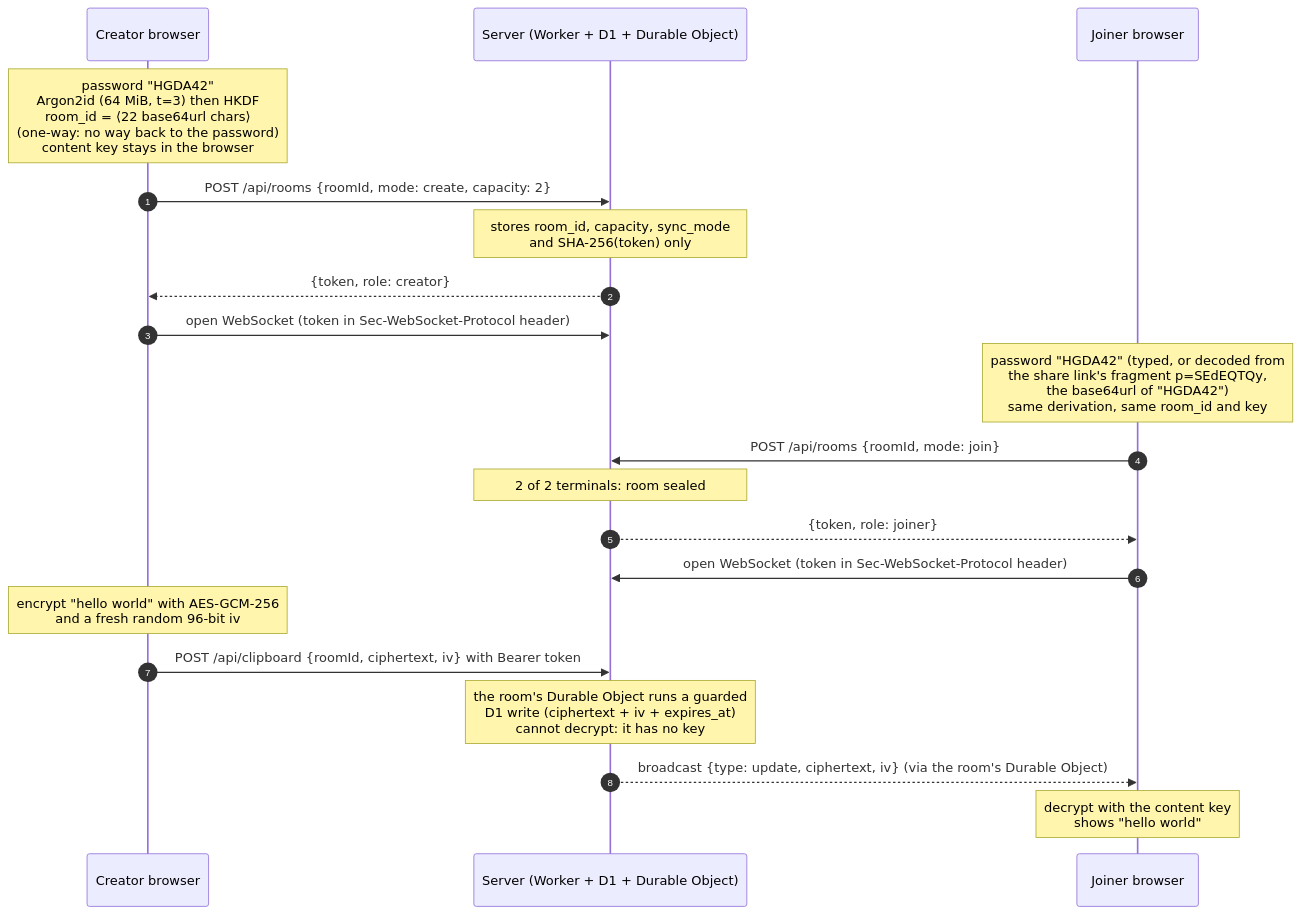
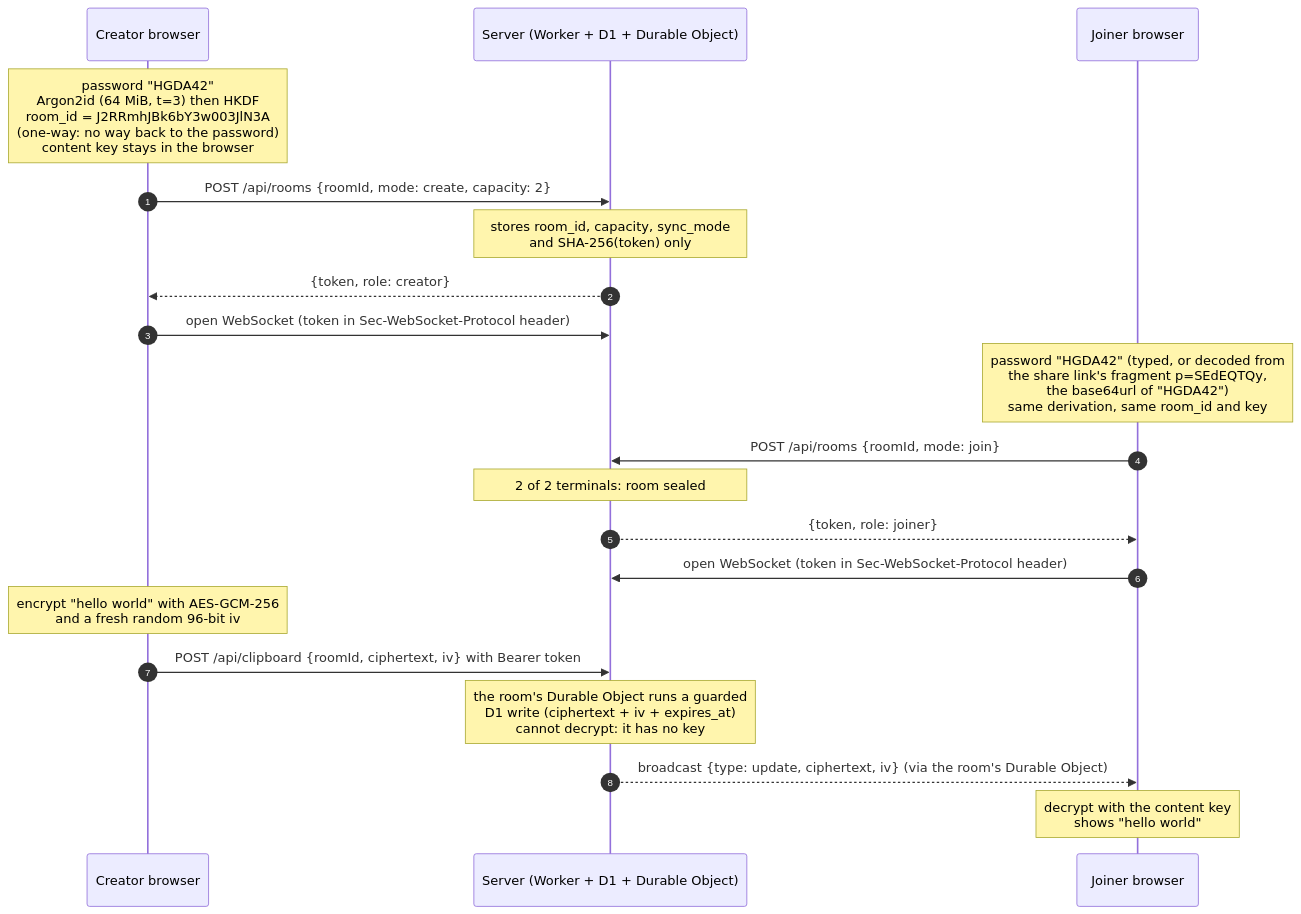
One commit to JaimeMartinSoler/clipboard-sharing-online changed the diagram in README.md. Above: the diagram before and after it, drawn with Mermaid. The commit also changed other lines of this file, not shown here.

First line of the commit message:
Replace HGDA42 example placeholders with real derived values

````diff
--- a/README.md
+++ b/README.md
@@ -122,25 +122,25 @@
 ```mermaid
 sequenceDiagram
     autonumber
     participant C as Creator browser
     participant S as Server (Worker + D1 + Durable Object)
     participant J as Joiner browser
 
-    Note over C: password "HGDA42"<br/>Argon2id (64 MiB, t=3) then HKDF<br/>room_id = ⟨22 base64url chars⟩<br/>(one-way: no way back to the password)<br/>content key stays in the browser
+    Note over C: password "HGDA42"<br/>Argon2id (64 MiB, t=3) then HKDF<br/>room_id = J2RRmhJBk6bY3w003JlN3A<br/>(one-way: no way back to the password)<br/>content key stays in the browser
     C->>S: POST /api/rooms {roomId, mode: create, capacity: 2}
     Note over S: stores room_id, capacity, sync_mode<br/>and SHA-256(token) only
     S-->>C: {token, role: creator}
     C->>S: open WebSocket (token in Sec-WebSocket-Protocol header)
 
     Note over J: password "HGDA42" (typed, or decoded from<br/>the share link's fragment p=SEdEQTQy,<br/>the base64url of "HGDA42")<br/>same derivation, same room_id and key
     J->>S: POST /api/rooms {roomId, mode: join}
     Note over S: 2 of 2 terminals: room sealed
     S-->>J: {token, role: joiner}
     J->>S: open WebSocket (token in Sec-WebSocket-Protocol header)
 
     Note over C: encrypt "hello world" with AES-GCM-256<br/>and a fresh random 96-bit iv
     C->>S: POST /api/clipboard {roomId, ciphertext, iv} with Bearer token
     Note over S: the room's Durable Object runs a guarded<br/>D1 write (ciphertext + iv + expires_at)<br/>cannot decrypt: it has no key
     S-->>J: broadcast {type: update, ciphertext, iv} (via the room's Durable Object)
     Note over J: decrypt with the content key<br/>shows "hello world"
 ```
````
